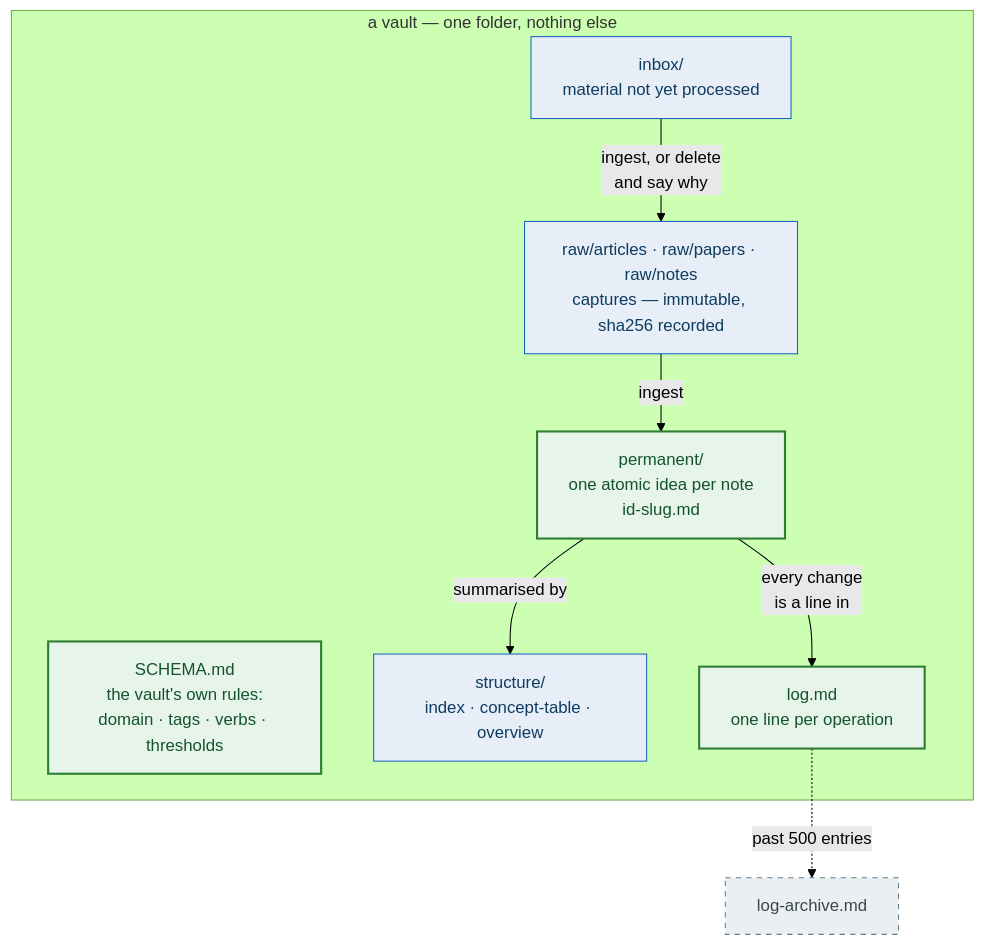
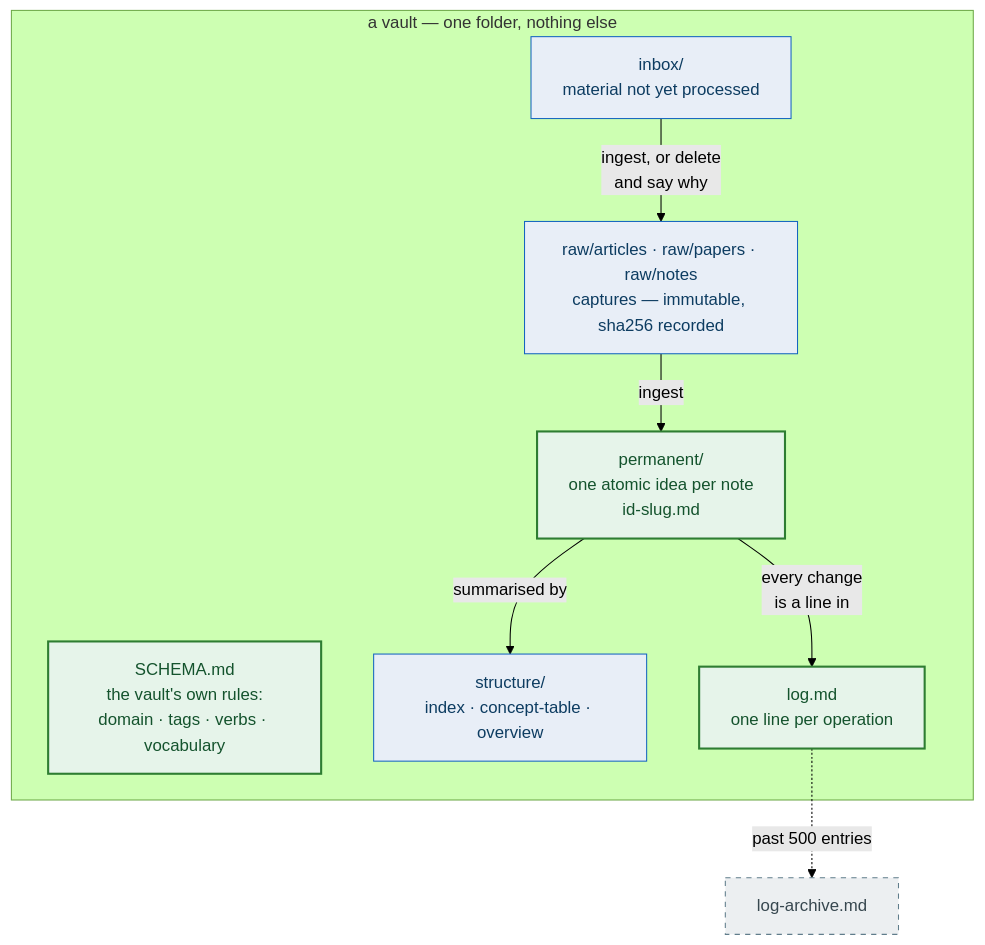
Before and after one commit to Dmytro-Kopylov-personal/zettelkasten-skill: the fourth of 5 diagrams in docs/architecture.md, drawn with Mermaid (forest theme). The commit also changed other lines of this file and 69 other files, not shown here.

````diff
--- a/docs/architecture.md
+++ b/docs/architecture.md
@@ -138,24 +138,24 @@
 ```mermaid
 flowchart TD
   subgraph VAULT["a vault — one folder, nothing else"]
-    SCHEMA["SCHEMA.md<br/>the vault's own rules:<br/>domain · tags · verbs · thresholds"]
+    SCHEMA["SCHEMA.md<br/>the vault's own rules:<br/>domain · tags · verbs · vocabulary"]
     PERM["permanent/<br/>one atomic idea per note<br/>id-slug.md"]
     RAW["raw/articles · raw/papers · raw/notes<br/>captures — immutable, sha256 recorded"]
     INBOX["inbox/<br/>material not yet processed"]
     STRUCT["structure/<br/>index · concept-table · overview"]
     LOG["log.md<br/>one line per operation"]
   end
 
   RAW -->|ingest| PERM
   INBOX -->|"ingest, or delete<br/>and say why"| RAW
   PERM -->|summarised by| STRUCT
   PERM -->|"every change<br/>is a line in"| LOG
   LOG -.->|"past 500 entries"| ARCH["log-archive.md"]
 
   classDef required fill:#e6f4ea,stroke:#2e7d32,stroke-width:2px,color:#14532d
   classDef support fill:#e8eef7,stroke:#1565c0,stroke-width:1px,color:#0d3c61
   classDef later fill:#eceff1,stroke:#607d8b,stroke-width:1px,stroke-dasharray:5 5,color:#37474f
   class SCHEMA,PERM,LOG required
   class RAW,INBOX,STRUCT support
   class ARCH later
 ```
````
